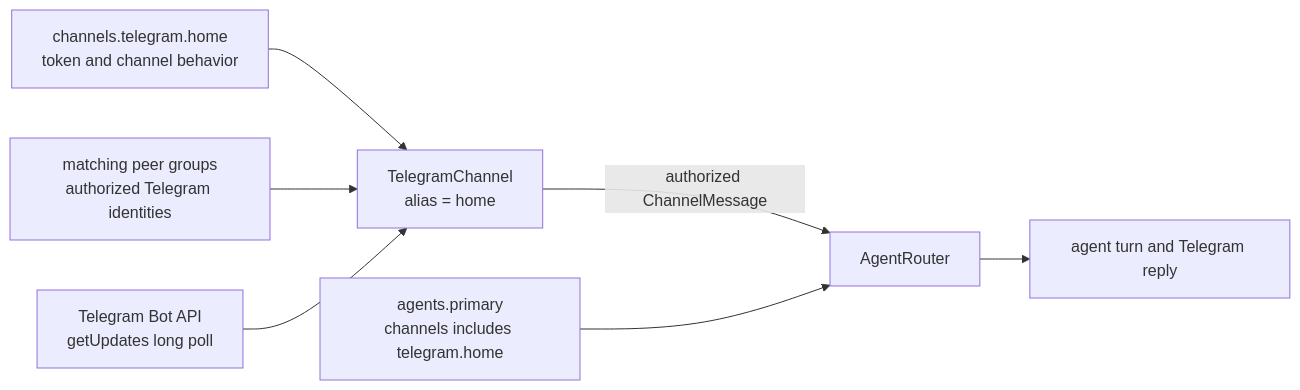
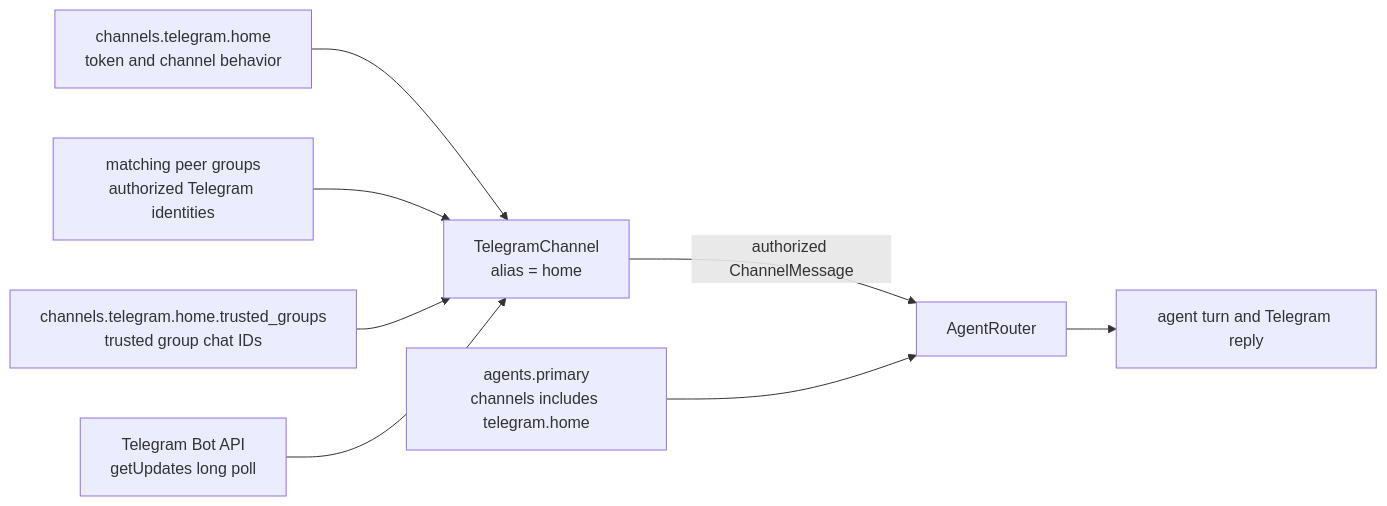
Before and after one commit to zeroclaw-labs/zeroclaw: the first of 2 diagrams in docs/book/src/channels/telegram.md, drawn with Mermaid. The commit also changed other lines of this file and 7 other files, not shown here.

First line of the commit message:
feat(channels/telegram): add trusted_groups group authorization

````diff
--- a/docs/book/src/channels/telegram.md
+++ b/docs/book/src/channels/telegram.md
@@ -13,9 +14,10 @@
 ```mermaid
 flowchart LR
     T["channels.telegram.home<br/>token and channel behavior"] --> C["TelegramChannel<br/>alias = home"]
     P["matching peer groups<br/>authorized Telegram identities"] --> C
+    TG["channels.telegram.home.trusted_groups<br/>trusted group chat IDs"] --> C
     G["Telegram Bot API<br/>getUpdates long poll"] --> C
     C -->|"authorized ChannelMessage"| R["AgentRouter"]
     A["agents.primary<br/>channels includes telegram.home"] --> R
     R --> L["agent turn and Telegram reply"]
 ```
````
